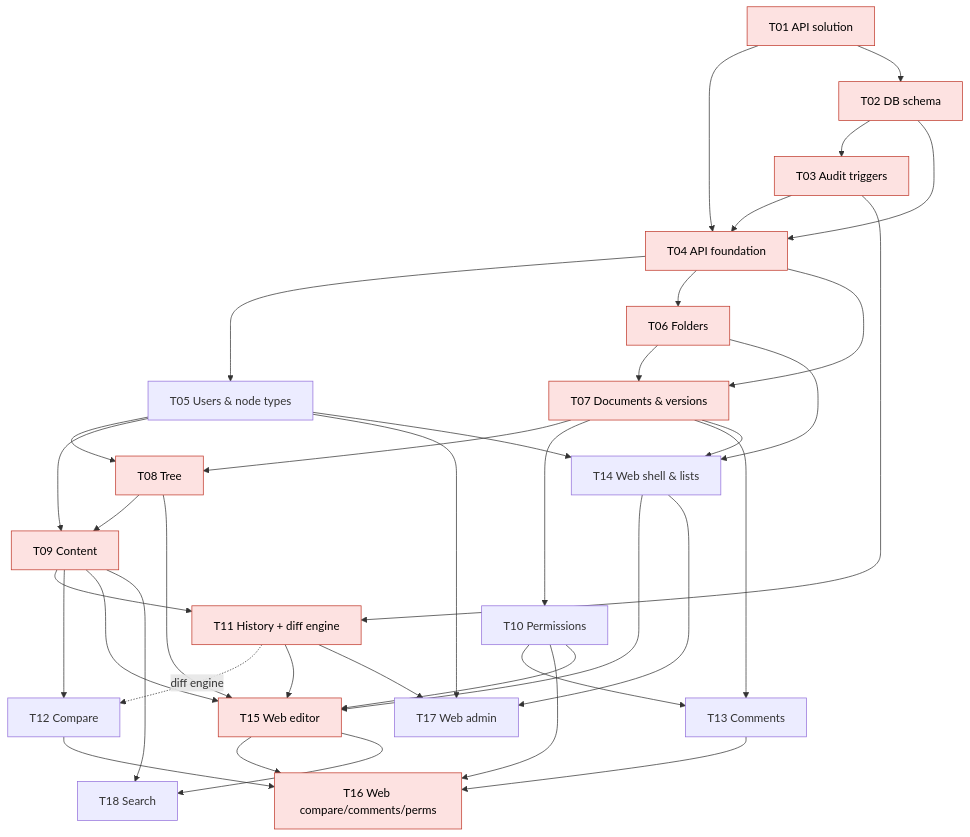
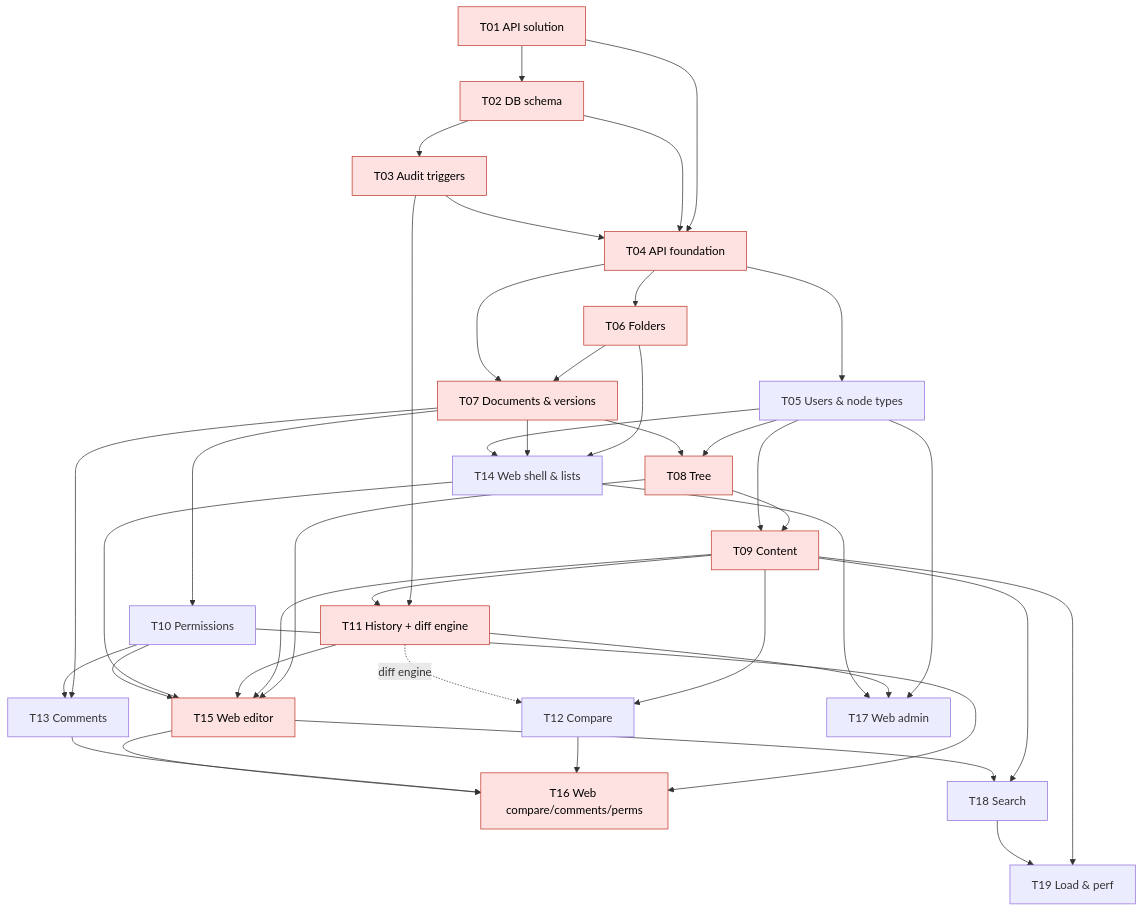
One commit to olexlpv-sys/test-repo changed the diagram in docs/tasks/00-execution-plan.md. Above: the diagram before and after it, drawn with Mermaid. The commit also changed other lines of this file and 20 other files, not shown here.

````diff
--- a/docs/tasks/00-execution-plan.md
+++ b/docs/tasks/00-execution-plan.md
@@ -33,43 +34,45 @@
 ```mermaid
 flowchart TD
   T01[T01 API solution] --> T04
   T01 --> T02
   T02[T02 DB schema] --> T03[T03 Audit triggers]
   T02 --> T04
   T03 --> T04[T04 API foundation]
   T04 --> T05[T05 Users & node types]
   T04 --> T06[T06 Folders]
   T06 --> T07[T07 Documents & versions]
   T04 --> T07
   T05 --> T08[T08 Tree]
   T07 --> T08
   T08 --> T09[T09 Content]
   T05 --> T09
   T07 --> T10[T10 Permissions]
   T03 --> T11[T11 History + diff engine]
   T09 --> T11
   T09 --> T12[T12 Compare]
   T11 -. diff engine .-> T12
   T07 --> T13[T13 Comments]
   T10 --> T13
   T06 --> T14[T14 Web shell & lists]
   T07 --> T14
   T08 --> T15[T15 Web editor]
   T09 --> T15
   T11 --> T15
   T14 --> T15
   T10 --> T16[T16 Web compare/comments/perms]
   T12 --> T16
   T13 --> T16
   T15 --> T16
   T05 --> T17[T17 Web admin]
   T11 --> T17
   T05 --> T14
   T10 --> T15
   T09 --> T18[T18 Search]
   T15 --> T18
+  T09 --> T19[T19 Load & perf]
+  T18 --> T19
   T14 --> T17
 
   classDef crit fill:#fde2e1,stroke:#c0392b,color:#000;
   class T01,T02,T03,T04,T06,T07,T08,T09,T11,T15,T16 crit;
 ```
````
